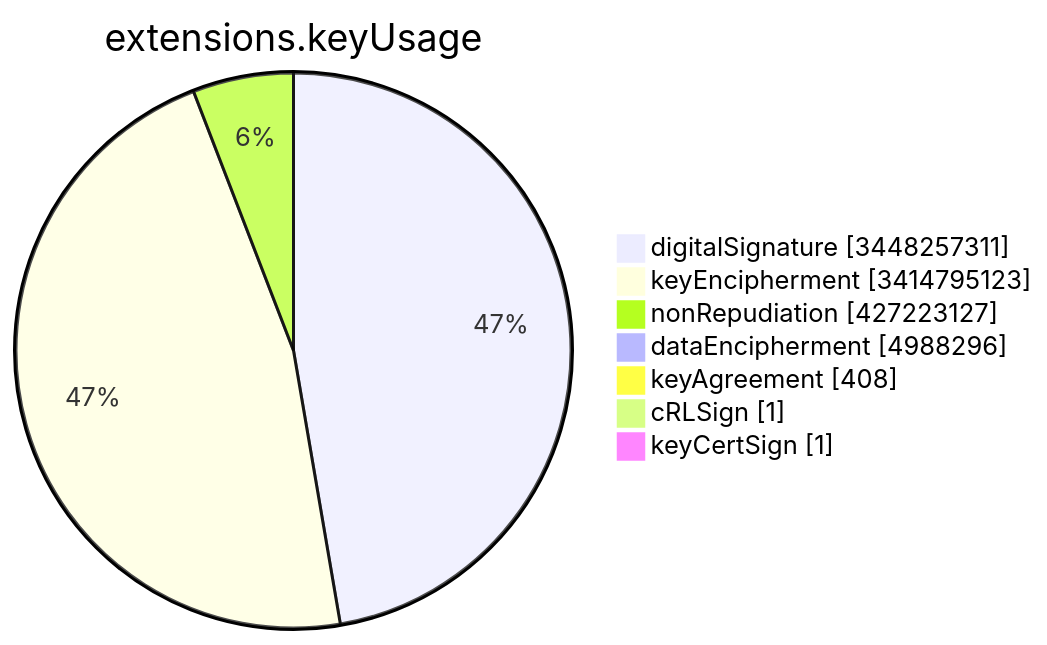
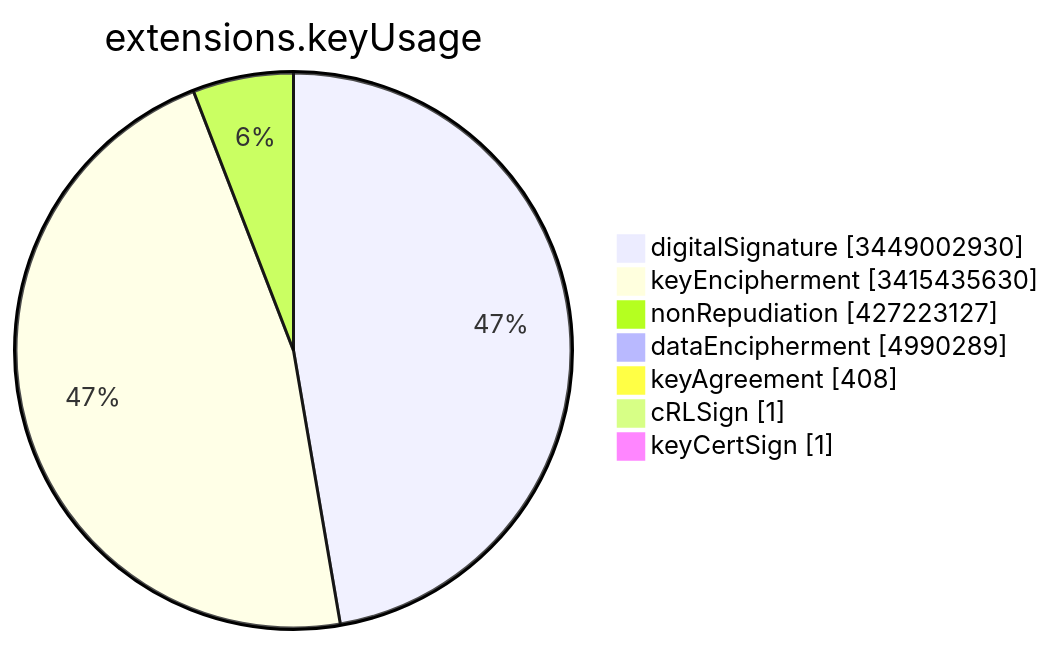
The sixth of 15 diagrams in TOTAL/README.md (christiankrug/ctmonitor_visualization), drawn with Mermaid before and after one commit. The commit also changed other lines of this file, not shown here.

````diff
--- a/TOTAL/README.md
+++ b/TOTAL/README.md
@@ -3082,11 +3082,11 @@
 ```mermaid
 pie showData
 title extensions.keyUsage
-"digitalSignature" :3448257311
-"keyEncipherment" :3414795123
+"digitalSignature" :3449002930
+"keyEncipherment" :3415435630
 "nonRepudiation" :427223127
-"dataEncipherment" :4988296
+"dataEncipherment" :4990289
 "keyAgreement" :408
 "cRLSign" :1
 "keyCertSign" :1
 ```
````
